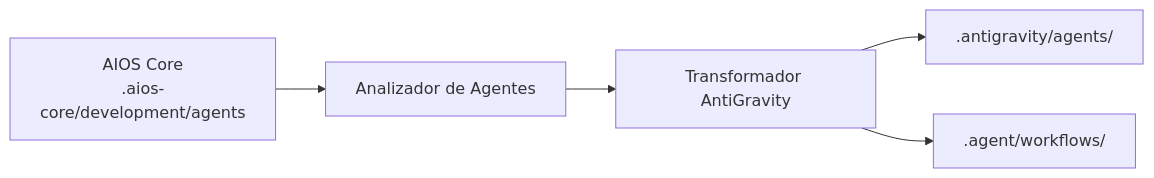
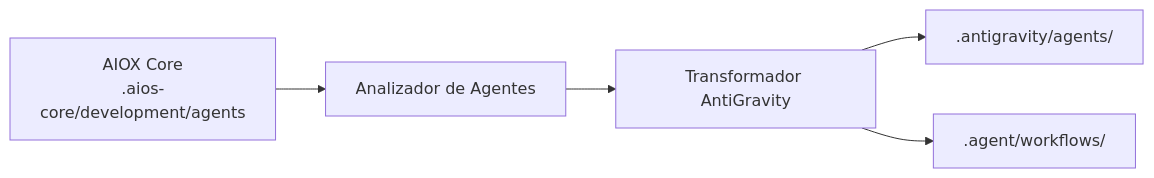
Before and after one commit to fabioeducacross/-Book-de-Resultados: the diagram in docs/es/platforms/antigravity.md, drawn with Mermaid. The commit also changed other lines of this file and 867 other files, not shown here.

First line of the commit message:
chore: update aios-core, tests, configs and documentation

````diff
--- a/docs/es/platforms/antigravity.md
+++ b/docs/es/platforms/antigravity.md
@@ -351,7 +351,7 @@
 ```mermaid
 flowchart LR
-    Source["AIOS Core<br/>.aios-core/development/agents"] --> Parser["Analizador de Agentes"]
+    Source["AIOX Core<br/>.aios-core/development/agents"] --> Parser["Analizador de Agentes"]
     Parser --> Transform["Transformador AntiGravity"]
     Transform --> Agents[".antigravity/agents/"]
     Transform --> Workflows[".agent/workflows/"]
 ```
````
